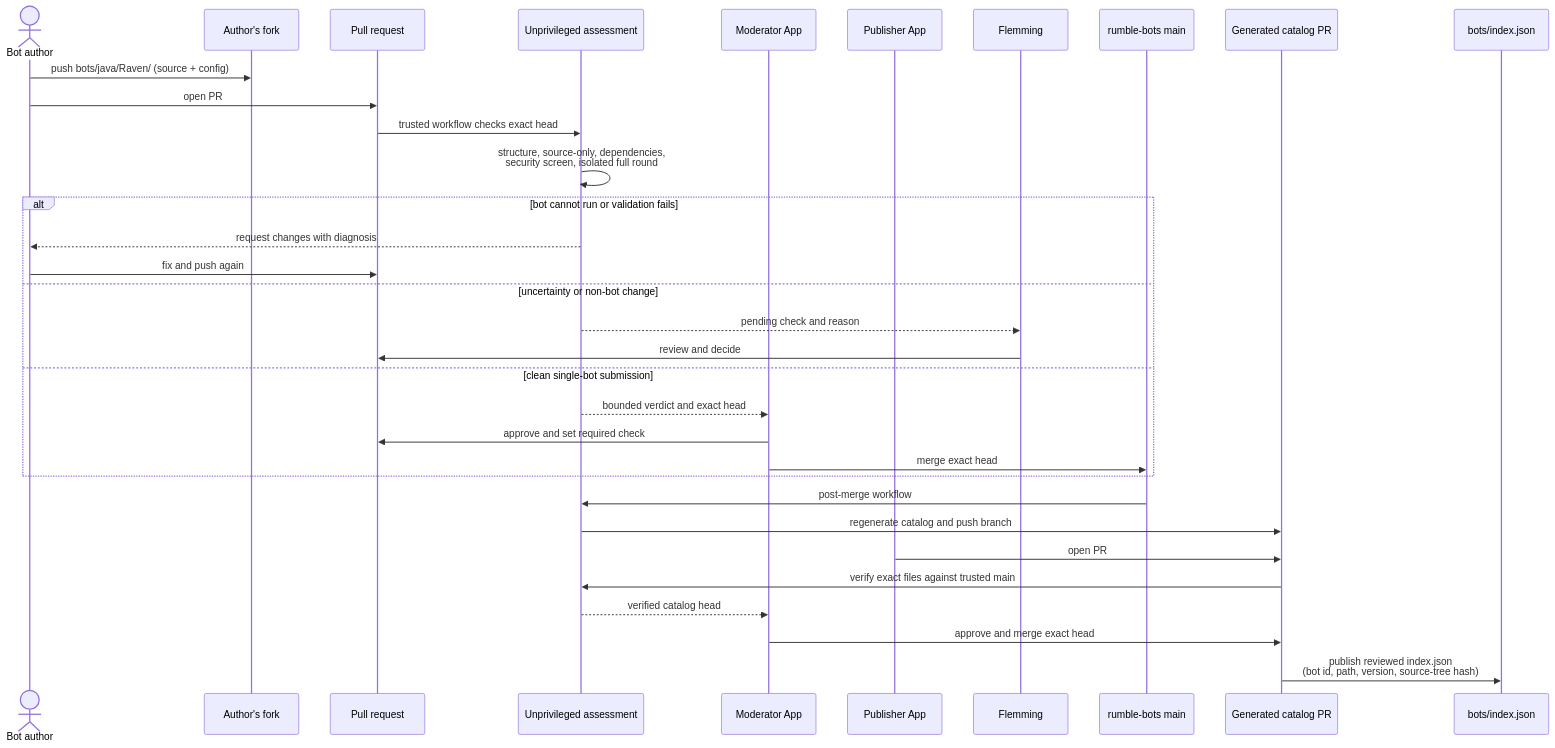
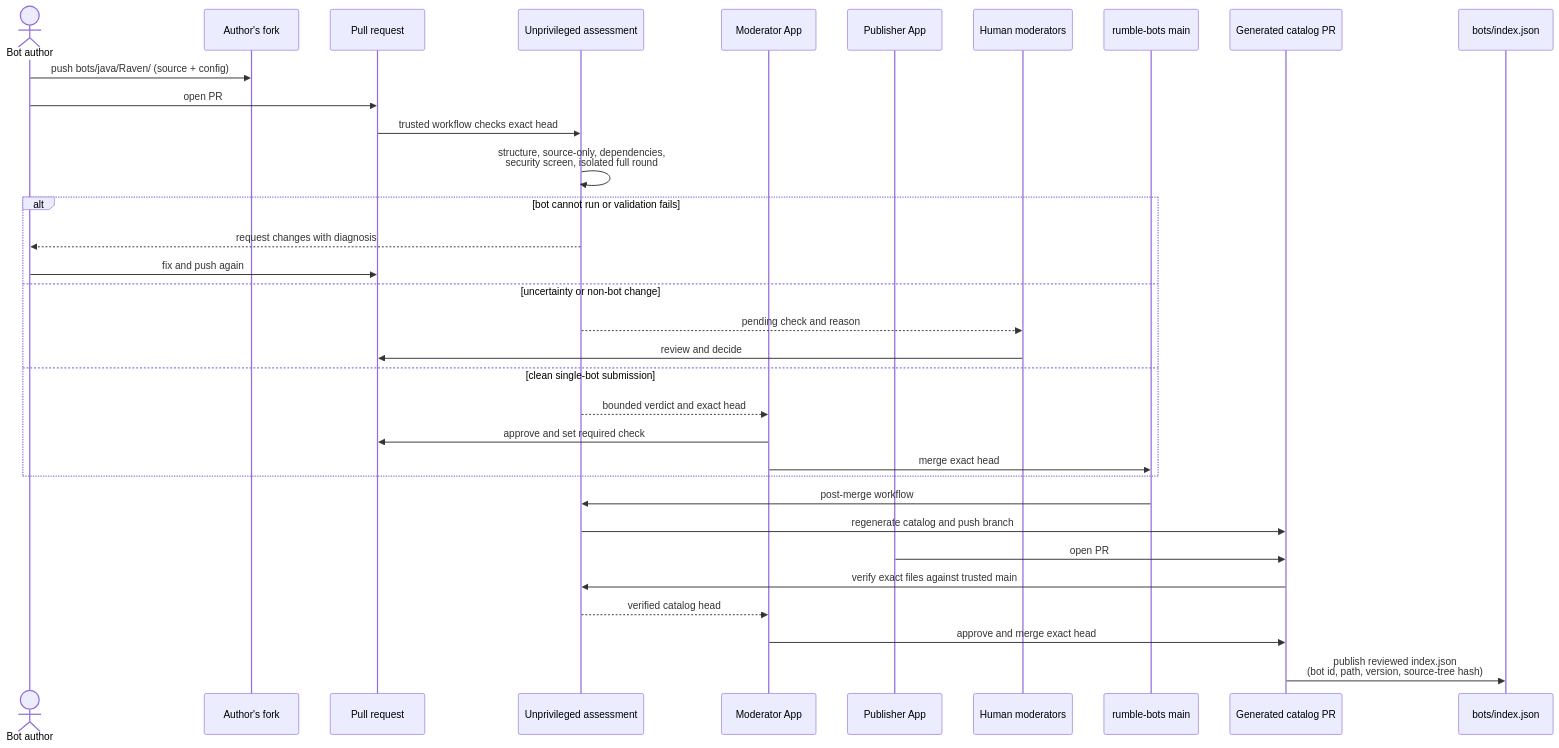
One commit to robocode-dev/tank-royale changed the first of 2 diagrams in docs/design/rumble/bot-submission.md. Above: the diagram before and after it, drawn with Mermaid. The commit also changed other lines of this file and 12 other files, not shown here.

````diff
--- a/docs/design/rumble/bot-submission.md
+++ b/docs/design/rumble/bot-submission.md
@@ -43,36 +43,36 @@
 ```mermaid
 sequenceDiagram
     actor Author as Bot author
     participant Fork as Author's fork
     participant PR as Pull request
     participant CI as Unprivileged assessment
     participant App as Moderator App
     participant Publisher as Publisher App
-    participant Mod as Flemming
+    participant Mod as Human moderators
     participant Main as rumble-bots main
     participant CatalogPR as Generated catalog PR
     participant Index as bots/index.json
 
     Author->>Fork: push bots/java/Raven/ (source + config)
     Author->>PR: open PR
     PR->>CI: trusted workflow checks exact head
     CI->>CI: structure, source-only, dependencies,<br/>security screen, isolated full round
     alt bot cannot run or validation fails
         CI-->>Author: request changes with diagnosis
         Author->>PR: fix and push again
     else uncertainty or non-bot change
         CI-->>Mod: pending check and reason
         Mod->>PR: review and decide
     else clean single-bot submission
         CI-->>App: bounded verdict and exact head
         App->>PR: approve and set required check
         App->>Main: merge exact head
     end
     Main->>CI: post-merge workflow
     CI->>CatalogPR: regenerate catalog and push branch
     Publisher->>CatalogPR: open PR
     CatalogPR->>CI: verify exact files against trusted main
     CI-->>App: verified catalog head
     App->>CatalogPR: approve and merge exact head
     CatalogPR->>Index: publish reviewed index.json<br/>(bot id, path, version, source-tree hash)
 ```
````
